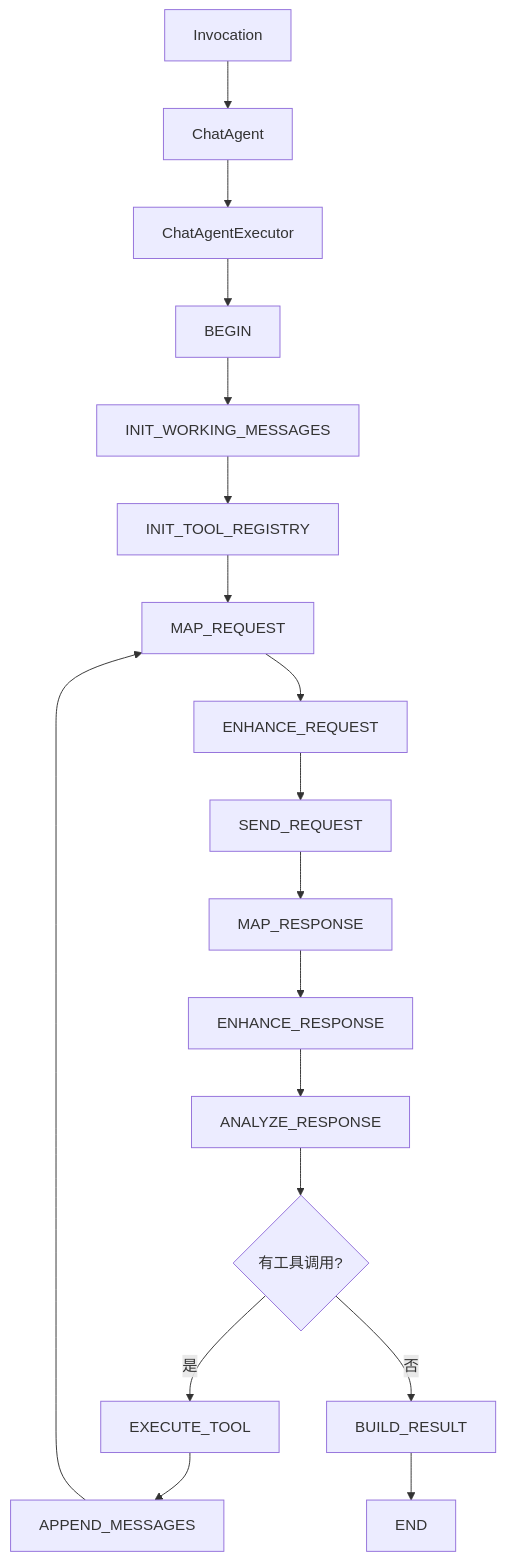
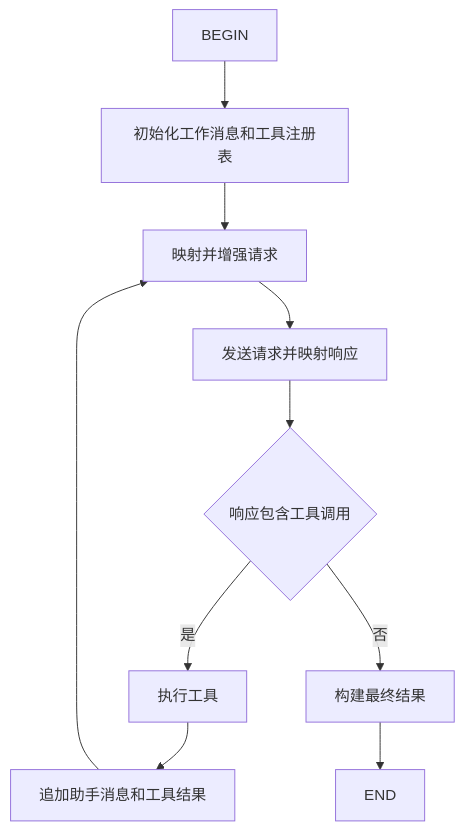
The second of 3 diagrams in README.md (Halcyonsong/liteagent-template), drawn with Mermaid before and after one commit. The commit also changed other lines of this file and 32 other files, not shown here.

````diff
--- a/README.md
+++ b/README.md
@@ -49,20 +63,12 @@
 ```mermaid
 flowchart TD
-    B1[Invocation] --> B2[ChatAgent]
-    B2 --> B3[ChatAgentExecutor]
-    B3 --> B4[BEGIN]
-    B4 --> B5[INIT_WORKING_MESSAGES]
-    B5 --> B6[INIT_TOOL_REGISTRY]
-    B6 --> B7[MAP_REQUEST]
-    B7 --> B8[ENHANCE_REQUEST]
-    B8 --> B9[SEND_REQUEST]
-    B9 --> B10[MAP_RESPONSE]
-    B10 --> B11[ENHANCE_RESPONSE]
-    B11 --> B12[ANALYZE_RESPONSE]
-    B12 --> B13{有工具调用?}
-    B13 -- 是 --> B14[EXECUTE_TOOL]
-    B14 --> B15[APPEND_MESSAGES]
-    B15 --> B7
-    B13 -- 否 --> B16[BUILD_RESULT]
-    B16 --> B17[END]
+    A[BEGIN] --> B[初始化工作消息和工具注册表]
+    B --> C[映射并增强请求]
+    C --> D[发送请求并映射响应]
+    D --> E{响应包含工具调用}
+    E -- 是 --> F[执行工具]
+    F --> G[追加助手消息和工具结果]
+    G --> C
+    E -- 否 --> H[构建最终结果]
+    H --> I[END]
 ```
````
